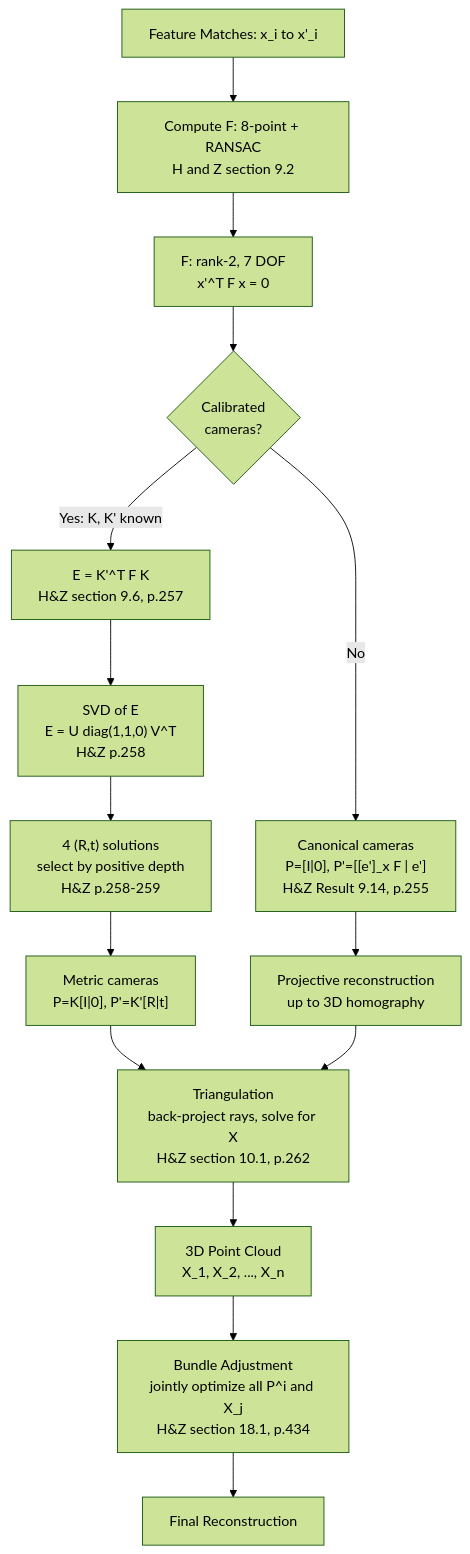
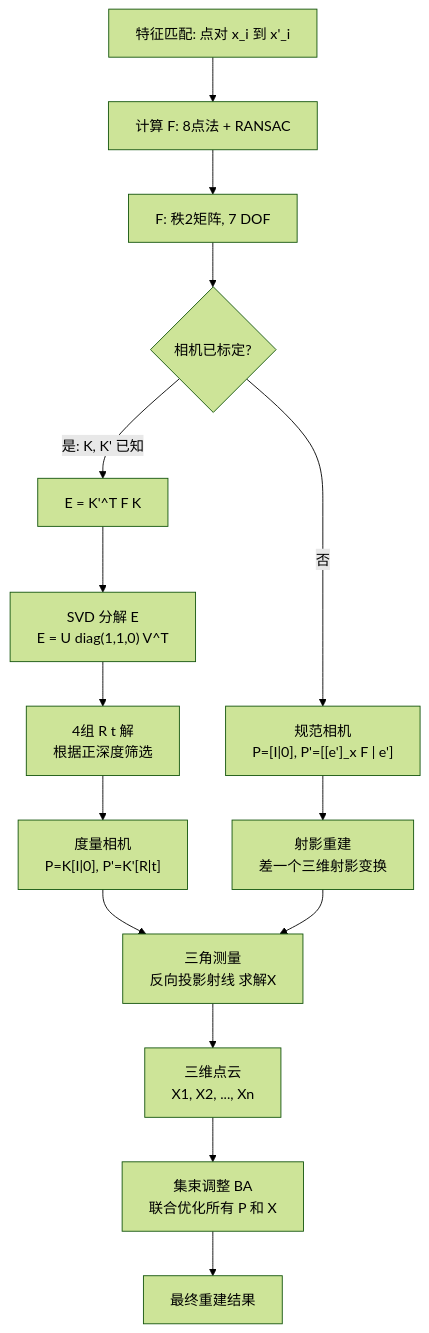
The second of 2 diagrams in src/00_basics/03_multi_view.md (dull-bird/book_3d_cv), drawn with Mermaid (forest theme) before and after one commit. The commit also changed other lines of this file and 4 other files, not shown here.

First line of the commit message:
feat: 全部mermaid转为TD方向并使用中文(四象限图除外)

````diff
--- a/src/00_basics/03_multi_view.md
+++ b/src/00_basics/03_multi_view.md
@@ -352,17 +352,17 @@
 ```mermaid
 flowchart TD
-    A["Feature Matches: x_i to x'_i"] --> B["Compute F: 8-point + RANSAC<br/>H and Z section 9.2"]
-    B --> C["F: rank-2, 7 DOF<br/>x'^T F x = 0"]
-    C --> D{"Calibrated<br/>cameras?"}
-    D -->|"Yes: K, K' known"| E["E = K'^T F K<br/>H&Z section 9.6, p.257"]
-    D -->|"No"| F["Canonical cameras<br/>P=[I|0], P'=[[e']_x F | e']<br/>H&Z Result 9.14, p.255"]
-    E --> G["SVD of E<br/>E = U diag(1,1,0) V^T<br/>H&Z p.258"]
-    G --> H["4 (R,t) solutions<br/>select by positive depth<br/>H&Z p.258-259"]
-    H --> I["Metric cameras<br/>P=K[I|0], P'=K'[R|t]"]
-    F --> J["Projective reconstruction<br/>up to 3D homography"]
-    I --> K["Triangulation<br/>back-project rays, solve for X<br/>H&Z section 10.1, p.262"]
+    A["特征匹配: 点对 x_i 到 x'_i"] --> B["计算 F: 8点法 + RANSAC"]
+    B --> C["F: 秩2矩阵, 7 DOF"]
+    C --> D{"相机已标定?"}
+    D -->|"是: K, K' 已知"| E["E = K'^T F K"]
+    D -->|"否"| F["规范相机<br/>P=[I|0], P'=[[e']_x F | e']"]
+    E --> G["SVD 分解 E<br/>E = U diag(1,1,0) V^T"]
+    G --> H["4组 R t 解<br/>根据正深度筛选"]
+    H --> I["度量相机<br/>P=K[I|0], P'=K'[R|t]"]
+    F --> J["射影重建<br/>差一个三维射影变换"]
+    I --> K["三角测量<br/>反向投影射线 求解X"]
     J --> K
-    K --> L["3D Point Cloud<br/>X_1, X_2, ..., X_n"]
-    L --> M["Bundle Adjustment<br/>jointly optimize all P^i and X_j<br/>H&Z section 18.1, p.434"]
-    M --> N["Final Reconstruction"]
+    K --> L["三维点云<br/>X1, X2, ..., Xn"]
+    L --> M["集束调整 BA<br/>联合优化所有 P 和 X"]
+    M --> N["最终重建结果"]
 ```
````
